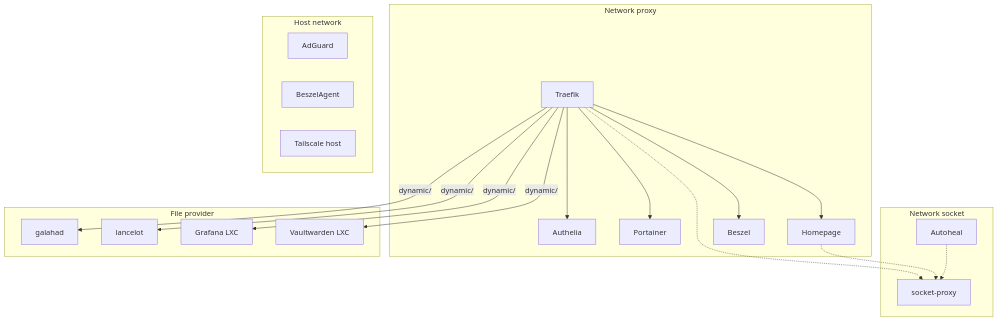
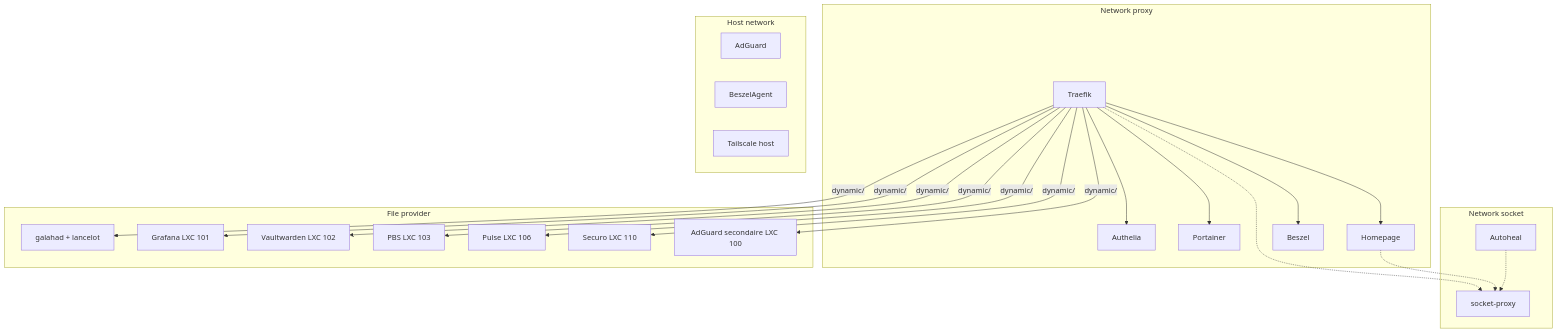
The diagram in docs/services/index.md (GabinSMD/homelab-doc), drawn with Mermaid before and after one commit. The commit also changed other lines of this file and 6 other files, not shown here.

````diff
--- a/docs/services/index.md
+++ b/docs/services/index.md
@@ -68,29 +91,32 @@
 ```mermaid
 graph TB
     subgraph Network proxy
         Traefik --> Authelia
         Traefik --> Portainer
         Traefik --> Homepage
         Traefik --> Beszel
     end
 
     subgraph Network socket
         SP[socket-proxy]
         Traefik -.-> SP
         Homepage -.-> SP
         Autoheal -.-> SP
     end
 
     subgraph Host network
         AdGuard
         BeszelAgent
         Tailscale[Tailscale host]
     end
 
     subgraph File provider
-        Traefik -->|dynamic/| PVE1[galahad]
-        Traefik -->|dynamic/| PVE2[lancelot]
-        Traefik -->|dynamic/| Logs[Grafana LXC]
-        Traefik -->|dynamic/| Vault[Vaultwarden LXC]
+        Traefik -->|dynamic/| PVE[galahad + lancelot]
+        Traefik -->|dynamic/| Logs[Grafana LXC 101]
+        Traefik -->|dynamic/| Vault[Vaultwarden LXC 102]
+        Traefik -->|dynamic/| PBS[PBS LXC 103]
+        Traefik -->|dynamic/| Pulse[Pulse LXC 106]
+        Traefik -->|dynamic/| Securo[Securo LXC 110]
+        Traefik -->|dynamic/| DnsFO[AdGuard secondaire LXC 100]
     end
 ```
````
